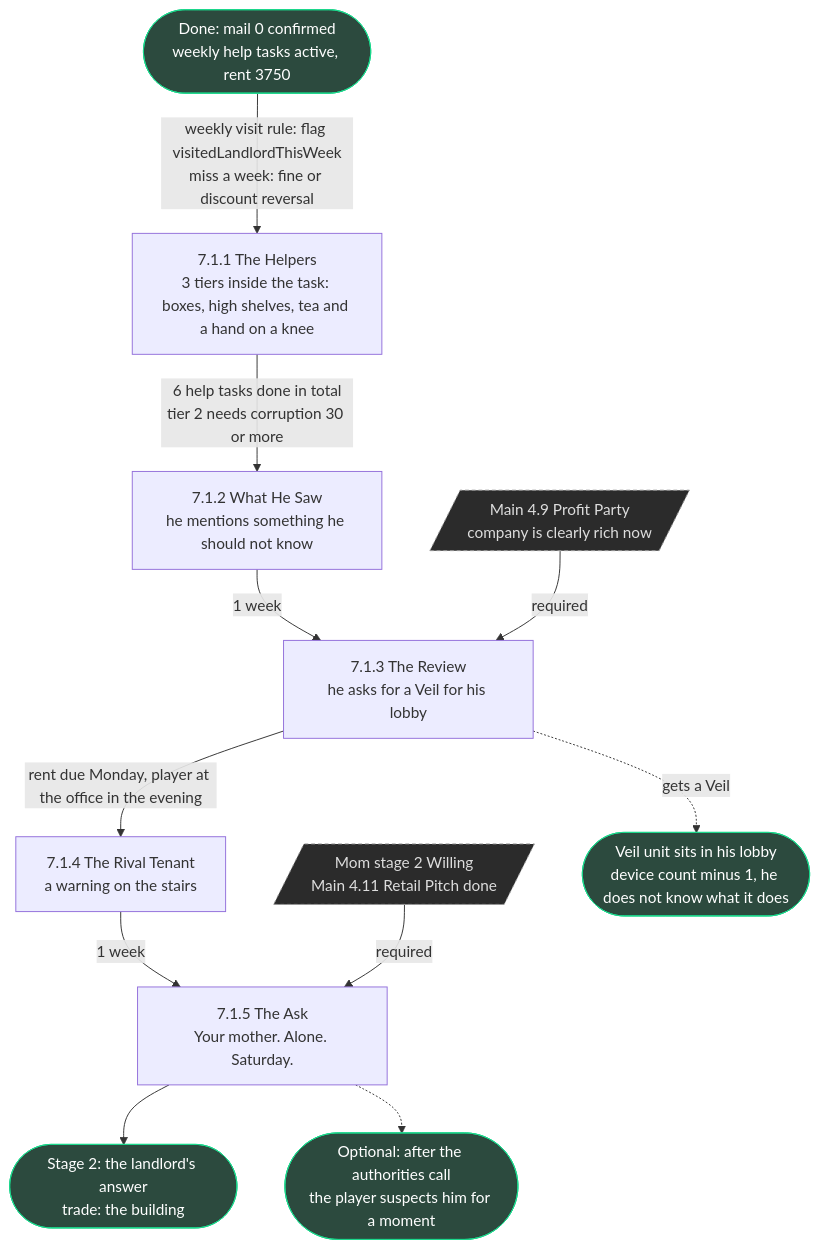
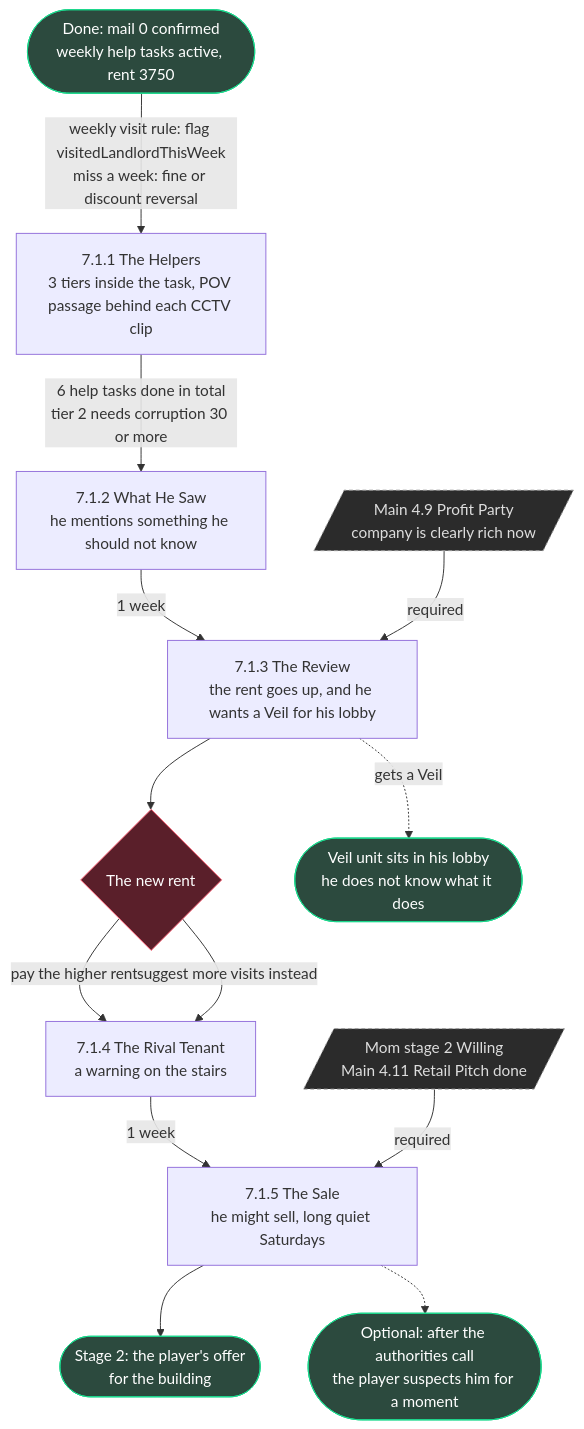
Before and after one commit to MichaelWinsauer/RTR: the fourth of 9 diagrams in STAGE1_FLOWCHARTS.md, drawn with Mermaid. The commit also changed other lines of this file and 1 other file, not shown here.

Commit message:
plan: update stage 1 story

````diff
--- a/STAGE1_FLOWCHARTS.md
+++ b/STAGE1_FLOWCHARTS.md
@@ -210,30 +229,34 @@
 ```mermaid
 flowchart TD
   S0(["Done: mail 0 confirmed<br/>weekly help tasks active, rent 3750"]):::done
 
-  L1["7.1.1 The Helpers<br/>3 tiers inside the task: boxes, high shelves, tea and a hand on a knee"]
+  L1["7.1.1 The Helpers<br/>3 tiers inside the task, POV passage behind each CCTV clip"]
   L2["7.1.2 What He Saw<br/>he mentions something he should not know"]
-  L3["7.1.3 The Review<br/>he asks for a Veil for his lobby"]
+  L3["7.1.3 The Review<br/>the rent goes up, and he wants a Veil for his lobby"]
+  D1{"The new rent"}:::offer
   L4["7.1.4 The Rival Tenant<br/>a warning on the stairs"]
-  L5["7.1.5 The Ask<br/>Your mother. Alone. Saturday."]
-  S2(["Stage 2: the landlord's answer<br/>trade: the building"]):::done
+  L5["7.1.5 The Sale<br/>he might sell, long quiet Saturdays"]
+  S2(["Stage 2: the player's offer<br/>for the building"]):::done
 
   G0[/"Main 4.9 Profit Party<br/>company is clearly rich now"/]:::gate
   G1[/"Mom stage 2 Willing<br/>Main 4.11 Retail Pitch done"/]:::gate
-  X1(["Veil unit sits in his lobby<br/>device count minus 1, he does not know what it does"]):::done
+  X1(["Veil unit sits in his lobby<br/>he does not know what it does"]):::done
   X2(["Optional: after the authorities call<br/>the player suspects him for a moment"]):::done
 
   S0 -->|"weekly visit rule: flag visitedLandlordThisWeek<br/>miss a week: fine or discount reversal"| L1
   L1 -->|"6 help tasks done in total<br/>tier 2 needs corruption 30 or more"| L2
   L2 -->|"1 week"| L3
   G0 -->|"required"| L3
   L3 -.->|"gets a Veil"| X1
-  L3 -->|"rent due Monday, player at the office in the evening"| L4
+  L3 --> D1
+  D1 -->|"pay the higher rent"| L4
+  D1 -->|"suggest more visits instead"| L4
   L4 -->|"1 week"| L5
   G1 -->|"required"| L5
   L5 --> S2
   L5 -.-> X2
 
   classDef done fill:#2c4a3e,stroke:#1cd88d,color:#fff
+  classDef offer fill:#5a1f2a,stroke:#ff6479,color:#fff
   classDef gate fill:#2b2b2b,stroke:#999,color:#ddd,stroke-dasharray:4 3
 ```
````
